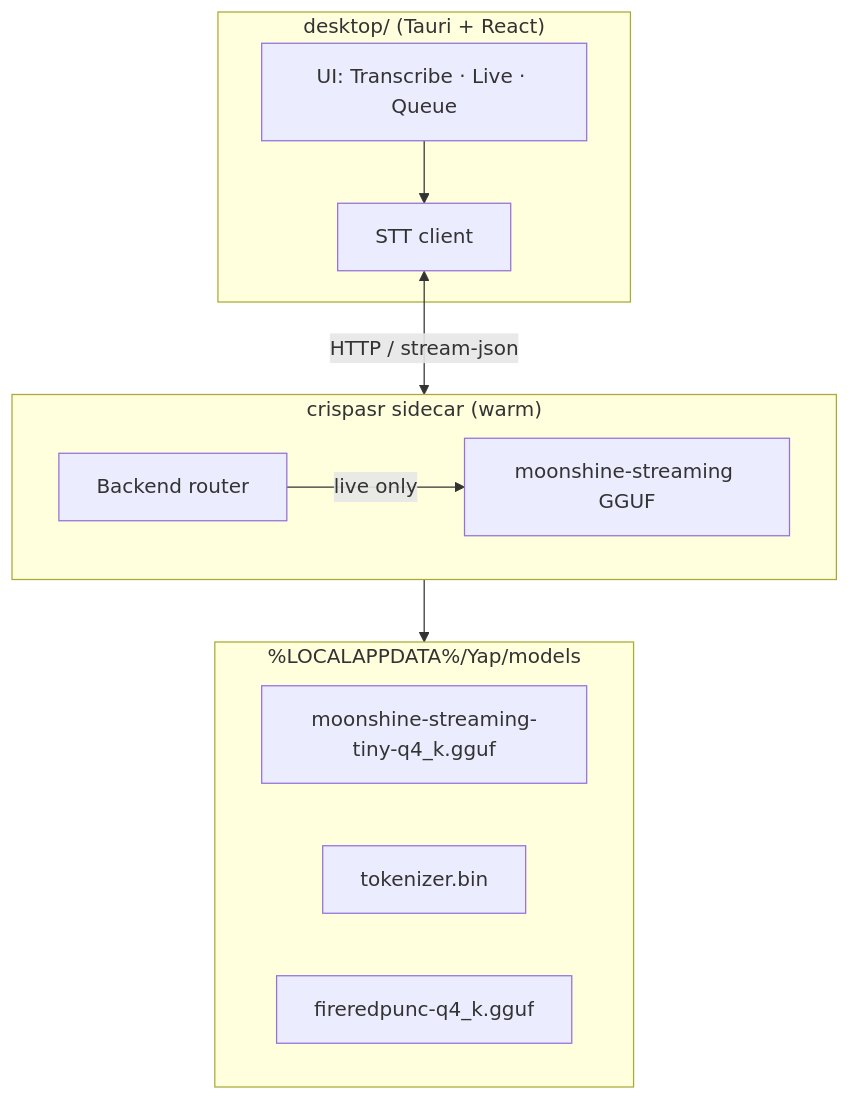
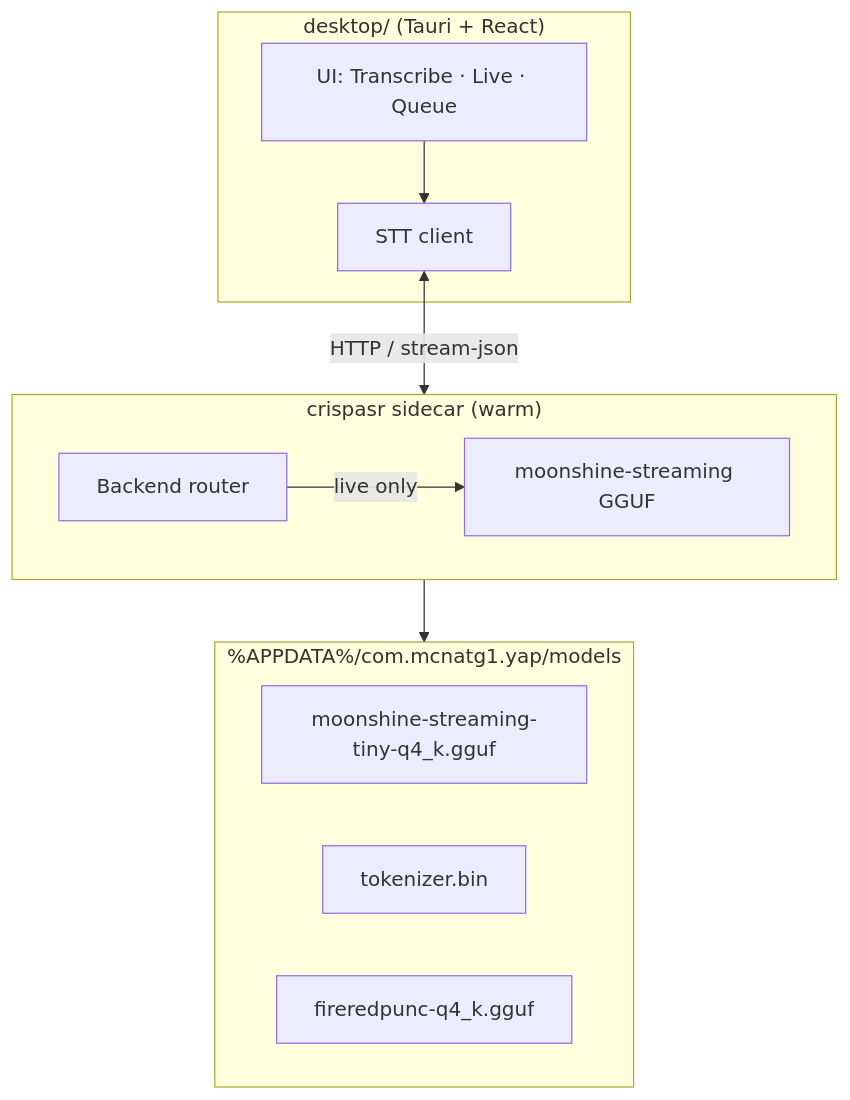
One commit to mcnatg1/yap changed the diagram in docs/adr/0002-crispasr-unified-stt-runtime.md. Above: the diagram before and after it, drawn with Mermaid. The commit also changed other lines of this file and 37 other files, not shown here.

````diff
--- a/docs/adr/0002-crispasr-unified-stt-runtime.md
+++ b/docs/adr/0002-crispasr-unified-stt-runtime.md
@@ -181,23 +181,23 @@
 ```mermaid
 flowchart TB
     subgraph Desktop["desktop/ (Tauri + React)"]
         UI[UI: Transcribe · Live · Queue]
         Client[STT client]
     end
 
     subgraph Sidecar["crispasr sidecar (warm)"]
         Router[Backend router]
         MS[moonshine-streaming GGUF]
         Router -->|live only| MS
     end
 
-    subgraph Cache["%LOCALAPPDATA%/Yap/models"]
+    subgraph Cache["%APPDATA%/com.mcnatg1.yap/models"]
         G1[moonshine-streaming-tiny-q4_k.gguf]
         G2[tokenizer.bin]
         G3[fireredpunc-q4_k.gguf]
     end
 
     UI --> Client
     Client <-->|HTTP / stream-json| Sidecar
     Sidecar --> Cache
 ```
````
